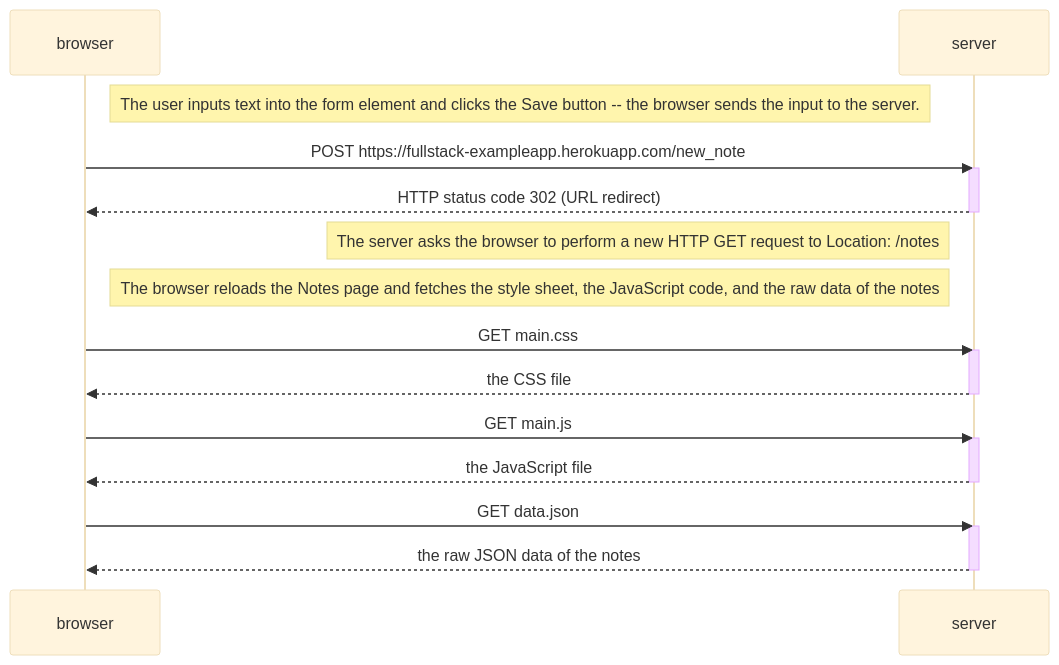
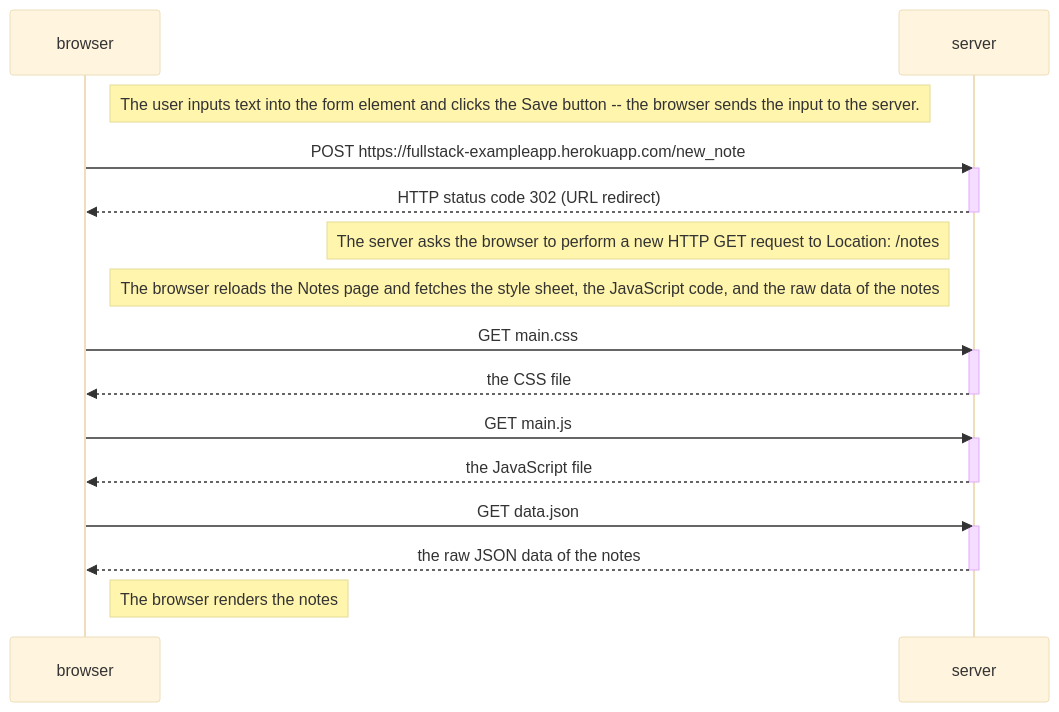
Before and after one commit to colbyramsay/fullstack-open: the diagram in part0/0.4.md, drawn with Mermaid (base theme).

Commit message:
Add note: The browser renders the notes

````diff
--- a/part0/0.4.md
+++ b/part0/0.4.md
@@ -1,31 +1,33 @@
 ```mermaid
 sequenceDiagram
     participant browser
     participant server
 
     Note right of browser: The user inputs text into the form element and clicks the Save button -- the browser sends the input to the server.
 
     browser->>server: POST https://fullstack-exampleapp.herokuapp.com/new_note
     activate server
     server-->>browser: HTTP status code 302 (URL redirect)
     deactivate server
 
     Note left of server: The server asks the browser to perform a new HTTP GET request to Location: /notes
 
     Note right of browser: The browser reloads the Notes page and fetches the style sheet, the JavaScript code, and the raw data of the notes
     
     browser->>server: GET main.css
     activate server
     server-->>browser: the CSS file
     deactivate server
 
     browser->>server: GET main.js
     activate server
     server-->>browser: the JavaScript file
     deactivate server
 
     browser->>server: GET data.json
     activate server
     server-->>browser: the raw JSON data of the notes
     deactivate server
+
+    Note right of browser: The browser renders the notes
 ```
````
